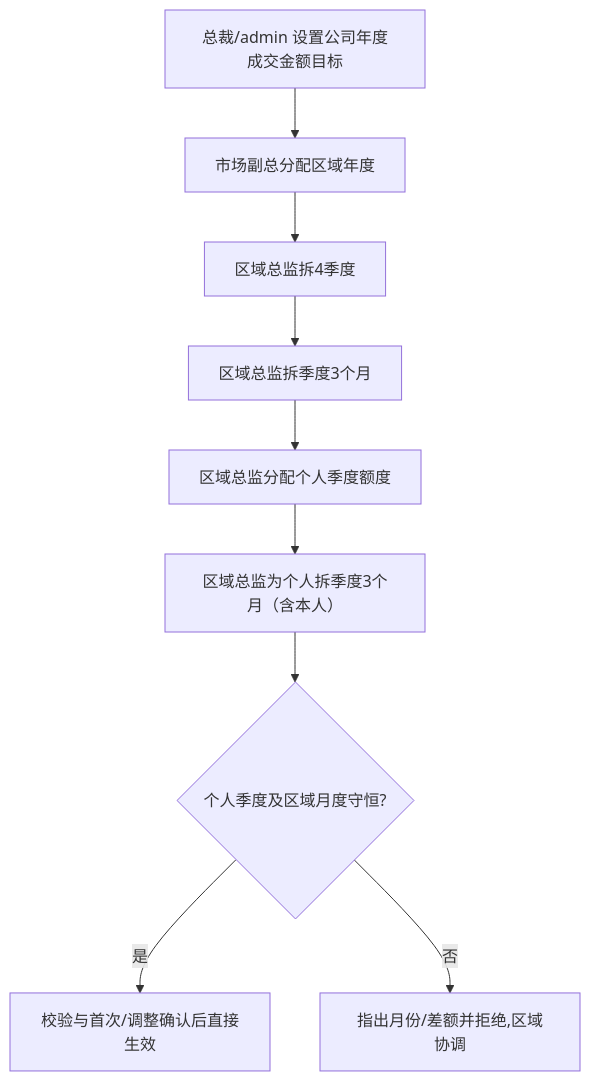
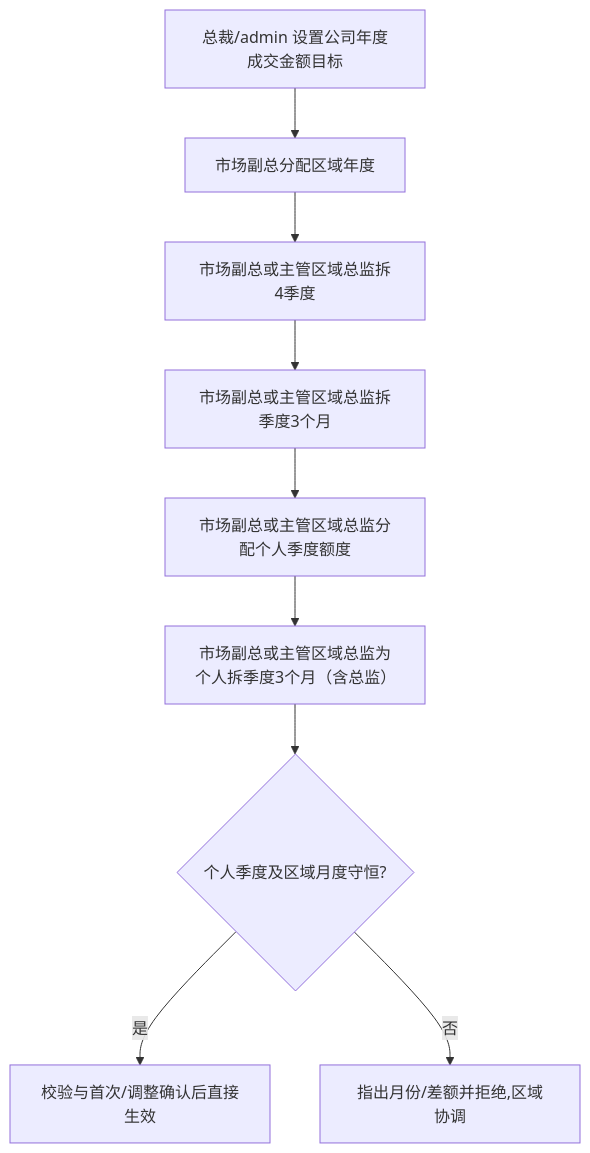
One commit to Joker-1030/Yingjia-Internal-Management-System changed the first of 4 diagrams in prd-workspace/current/user-flows/FLOW-17-M12-sales-opportunity.md. Above: the diagram before and after it, drawn with Mermaid. The commit also changed other lines of this file and 59 other files, not shown here.

````diff
--- a/prd-workspace/current/user-flows/FLOW-17-M12-sales-opportunity.md
+++ b/prd-workspace/current/user-flows/FLOW-17-M12-sales-opportunity.md
@@ -17,11 +17,11 @@
 ```mermaid
 flowchart TD
     A[总裁/admin 设置公司年度成交金额目标] --> B[市场副总分配区域年度]
-    B --> C[区域总监拆4季度]
-    C --> D[区域总监拆季度3个月]
-    D --> E[区域总监分配个人季度额度]
-    E --> F[区域总监为个人拆季度3个月（含本人）]
+    B --> C[市场副总或主管区域总监拆4季度]
+    C --> D[市场副总或主管区域总监拆季度3个月]
+    D --> E[市场副总或主管区域总监分配个人季度额度]
+    E --> F[市场副总或主管区域总监为个人拆季度3个月（含总监）]
     F --> G{个人季度及区域月度守恒?}
     G -- 是 --> H[校验与首次/调整确认后直接生效]
     G -- 否 --> I[指出月份/差额并拒绝,区域协调]
 ```
````
